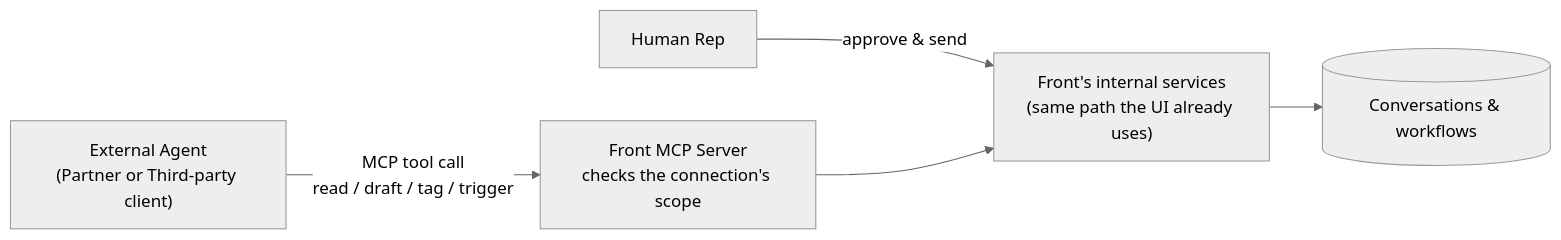
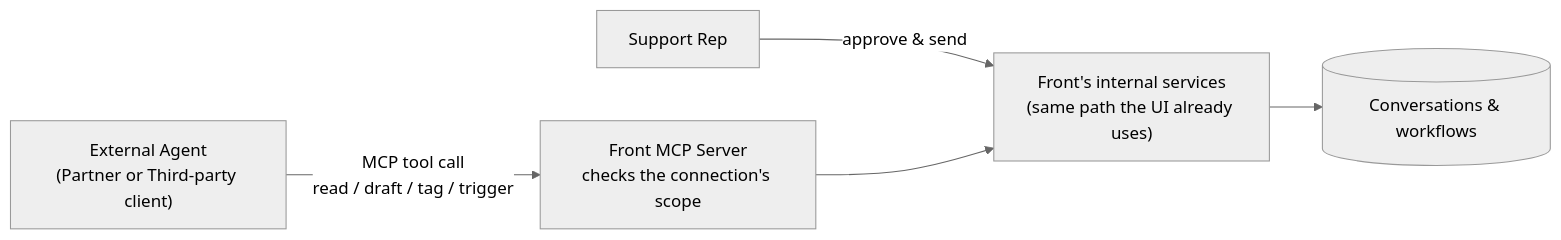
Before and after one commit to nicopavez/forge: the diagram in docs/02-prd.md, drawn with Mermaid (neutral theme). The commit also changed other lines of this file and 7 other files, not shown here.

````diff
--- a/docs/02-prd.md
+++ b/docs/02-prd.md
@@ -192,7 +213,7 @@
 ```mermaid
 flowchart LR
     Agent["External Agent<br/>(Partner or Third-party client)"] -->|"MCP tool call<br/>read / draft / tag / trigger"| MCP["Front MCP Server<br/>checks the connection's scope"]
-    Rep["Human Rep"] -->|"approve & send"| Internal
+    Rep["Support Rep"] -->|"approve & send"| Internal
     MCP --> Internal["Front's internal services<br/>(same path the UI already uses)"]
     Internal --> Data[("Conversations & workflows")]
 ```
````
